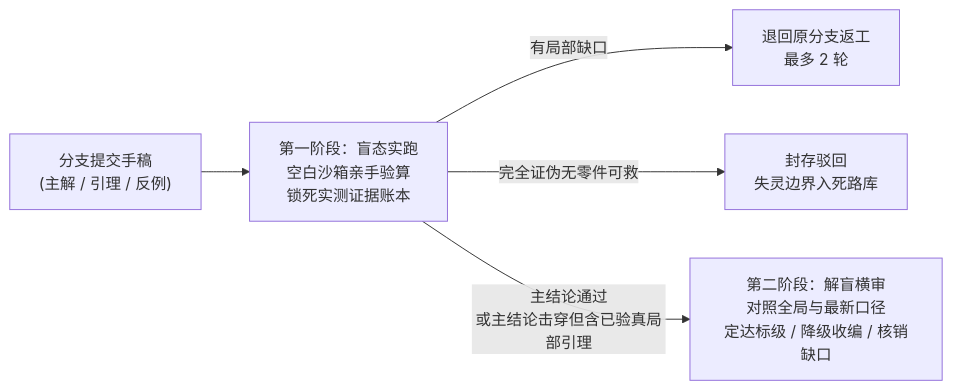
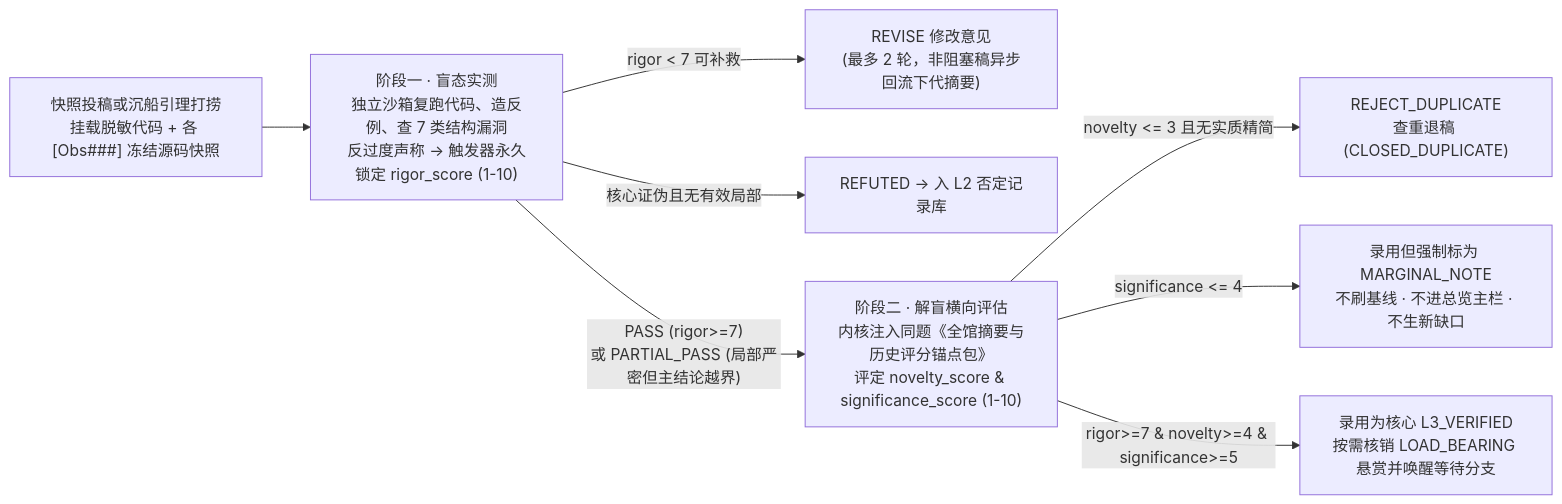
One commit to Qingzhu093/greatwall-agent changed the first of 2 diagrams in docs/agent_kb_v0_3/ARCH_PAPER_04_图书馆工程_Library_and_PeerReview_Engineering.md. Above: the diagram before and after it, drawn with Mermaid. The commit also changed other lines of this file and 110 other files, not shown here.

````diff
--- a/docs/agent_kb_v0_3/ARCH_PAPER_04_图书馆工程_Library_and_PeerReview_Engineering.md
+++ b/docs/agent_kb_v0_3/ARCH_PAPER_04_图书馆工程_Library_and_PeerReview_Engineering.md
@@ -55,7 +53,10 @@
 ```mermaid
 flowchart LR
-    Sub["分支提交手稿\n(主解 / 引理 / 反例)"] --> S1["第一阶段：盲态实跑\n空白沙箱亲手验算\n锁死实测证据账本"]
-    S1 -->|"有局部缺口"| Rev["退回原分支返工\n最多 2 轮"]
-    S1 -->|"完全证伪无零件可救"| Rej["封存驳回\n失灵边界入死路库"]
-    S1 -->|"主结论通过\n或主结论击穿但含已验真局部引理"| S2["第二阶段：解盲横审\n对照全局与最新口径\n定达标级 / 降级收编 / 核销缺口"]
+    M["快照投稿或沉船引理打捞\n挂载脱敏代码 + 各 [Obs###] 冻结源码快照"] --> S1["阶段一 · 盲态实测\n独立沙箱复跑代码、造反例、查 7 类结构漏洞\n反过度声称 -> 触发器永久锁定 rigor_score (1-10)"]
+    S1 -->|"rigor < 7 可补救"| REV["REVISE 修改意见\n(最多 2 轮，非阻塞稿异步回流下代摘要)"]
+    S1 -->|"核心证伪且无有效局部"| REF["REFUTED -> 入 L2 否定记录库"]
+    S1 -->|"PASS (rigor>=7)\n或 PARTIAL_PASS (局部严密但主结论越界)"| S2["阶段二 · 解盲横向评估\n内核注入同题《全馆摘要与历史评分锚点包》\n评定 novelty_score & significance_score (1-10)"]
+    S2 -->|"novelty <= 3 且无实质精简"| DUP["REJECT_DUPLICATE\n查重退稿 (CLOSED_DUPLICATE)"]
+    S2 -->|"significance <= 4"| MAR["录用但强制标为 MARGINAL_NOTE\n不刷基线 · 不进总览主栏 · 不生新缺口"]
+    S2 -->|"rigor>=7 & novelty>=4 & significance>=5"| CORE["录用为核心 L3_VERIFIED\n按需核销 LOAD_BEARING 悬赏并唤醒等待分支"]
 ```
````
